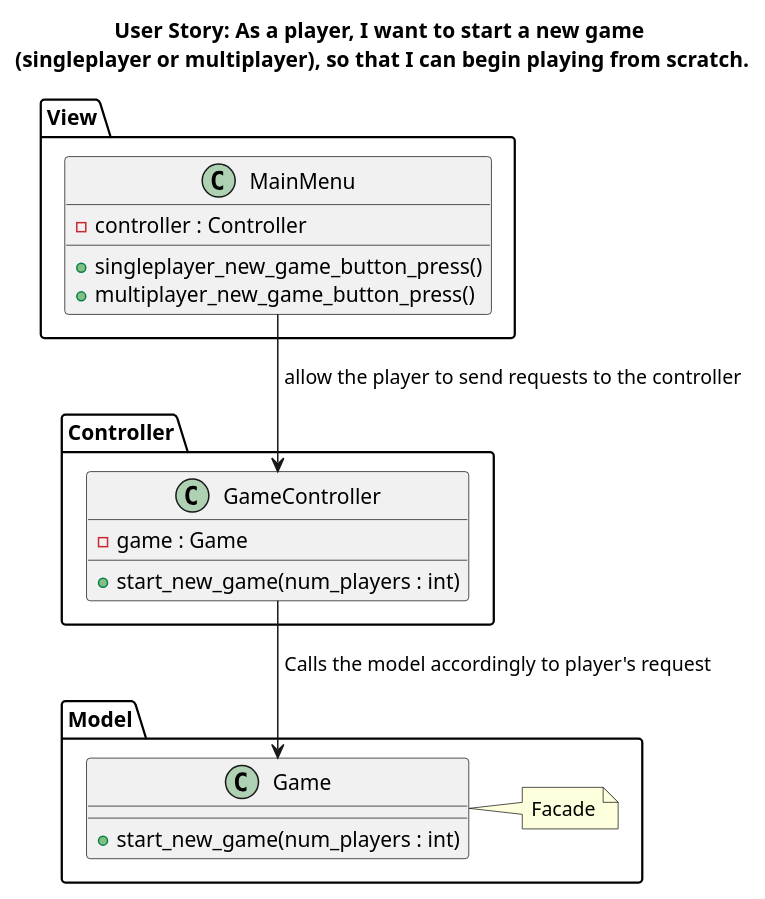
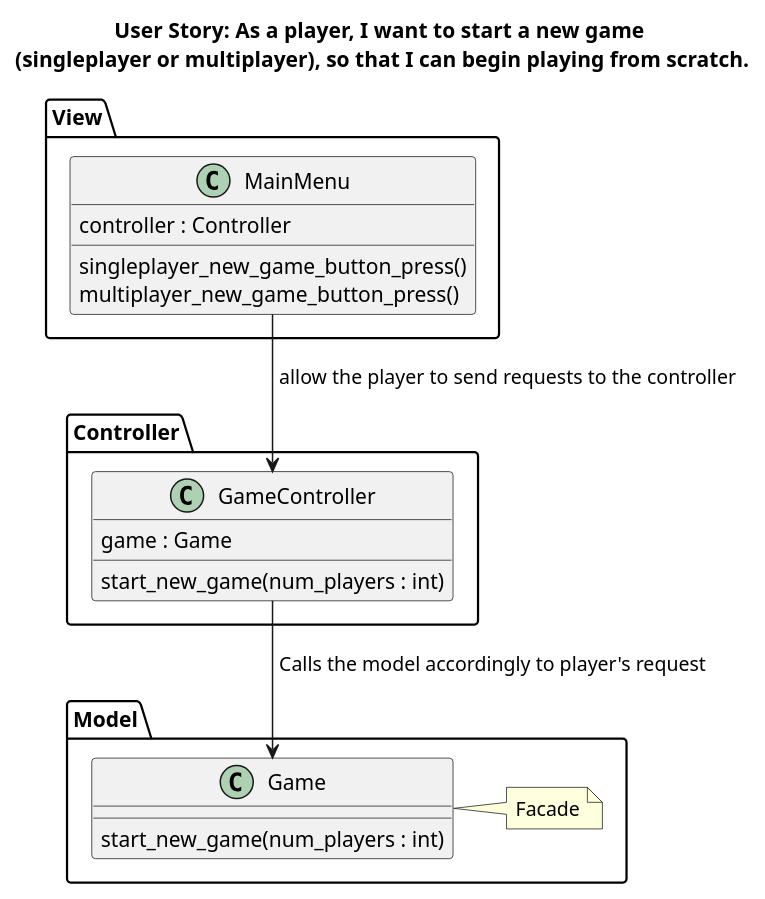
One commit to FalconQty/Team8 changed the diagram in design patterns/start_new_game/start_new.puml. Above: the diagram before and after it, drawn with PlantUML. The commit also changed 4 other files, not shown here.

```diff
--- a/design patterns/start_new_game/start_new.puml
+++ b/design patterns/start_new_game/start_new.puml
@@ -1,28 +1,28 @@
 @startuml
 title User Story: As a player, I want to start a new game \n(singleplayer or multiplayer), so that I can begin playing from scratch.
 
 package "View" {
   class MainMenu {
-    - controller : Controller
-    + singleplayer_new_game_button_press()
-    + multiplayer_new_game_button_press()
+    controller : Controller
+    singleplayer_new_game_button_press()
+    multiplayer_new_game_button_press()
   }
 }
 
 package "Controller" {
   class GameController {
-    + start_new_game(num_players : int)
-    - game : Game
+    start_new_game(num_players : int)
+    game : Game
   }
 }
 
 package "Model" {
   class Game {
-    + start_new_game(num_players : int)
+    start_new_game(num_players : int)
   }
   note right : Facade
 }
 
 MainMenu --> GameController : " allow the player to send requests to the controller"
 GameController --> Game : " Calls the model accordingly to player's request"
 @enduml
```
